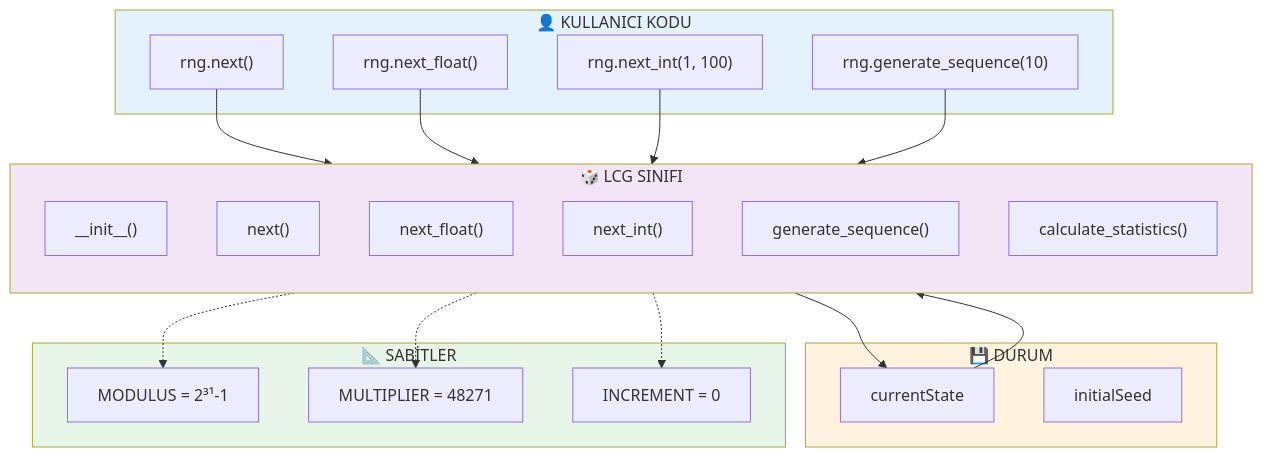
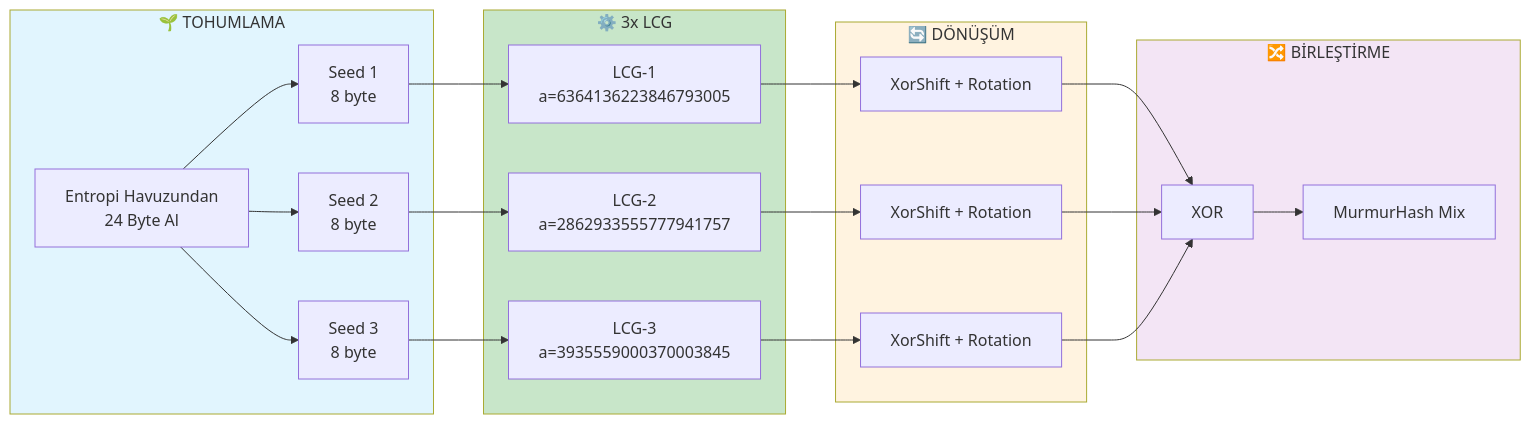
Before and after one commit to Samet230/Rastgele_Sayi_Ureteci: the fourth of 9 diagrams in docs/FLOWCHART.md, drawn with Mermaid. The commit also changed other lines of this file and 3 other files, not shown here.

````diff
--- a/docs/FLOWCHART.md
+++ b/docs/FLOWCHART.md
@@ -120,47 +141,33 @@
 ```mermaid
-flowchart TB
-    subgraph CLIENT["👤 KULLANICI KODU"]
-        U1["rng.next()"]
-        U2["rng.next_float()"]
-        U3["rng.next_int(1, 100)"]
-        U4["rng.generate_sequence(10)"]
+flowchart LR
+    subgraph SEED["🌱 TOHUMLAMA"]
+        S["Entropi Havuzundan<br/>24 Byte Al"]
+        S --> S1["Seed 1<br/>8 byte"]
+        S --> S2["Seed 2<br/>8 byte"]
+        S --> S3["Seed 3<br/>8 byte"]
     end
     
-    subgraph LCG["🎲 LCG SINIFI"]
-        direction TB
-        INIT["__init__()"]
-        NEXT["next()"]
-        FLOAT["next_float()"]
-        INT["next_int()"]
-        SEQ["generate_sequence()"]
-        STATS["calculate_statistics()"]
+    subgraph LCG["⚙️ 3x LCG"]
+        S1 --> L1["LCG-1<br/>a=6364136223846793005"]
+        S2 --> L2["LCG-2<br/>a=2862933555777941757"]
+        S3 --> L3["LCG-3<br/>a=3935559000370003845"]
     end
     
-    subgraph STATE["💾 DURUM"]
-        S["currentState"]
-        SEED["initialSeed"]
+    subgraph TRANSFORM["🔄 DÖNÜŞÜM"]
+        L1 --> T1["XorShift + Rotation"]
+        L2 --> T2["XorShift + Rotation"]
+        L3 --> T3["XorShift + Rotation"]
     end
     
-    subgraph CONSTANTS["📐 SABİTLER"]
-        M["MODULUS = 2³¹-1"]
-        A["MULTIPLIER = 48271"]
-        C["INCREMENT = 0"]
+    subgraph COMBINE["🔀 BİRLEŞTİRME"]
+        T1 --> X["XOR"]
+        T2 --> X
+        T3 --> X
+        X --> MX["MurmurHash Mix"]
     end
     
-    U1 --> NEXT
-    U2 --> FLOAT
-    U3 --> INT
-    U4 --> SEQ
-    
-    NEXT --> S
-    S --> NEXT
-    
-    NEXT -.-> M
-    NEXT -.-> A
-    NEXT -.-> C
-    
-    style CLIENT fill:#e3f2fd
-    style LCG fill:#f3e5f5
-    style STATE fill:#fff3e0
-    style CONSTANTS fill:#e8f5e9
+    style SEED fill:#e1f5fe
+    style LCG fill:#c8e6c9
+    style TRANSFORM fill:#fff3e0
+    style COMBINE fill:#f3e5f5
 ```
````
